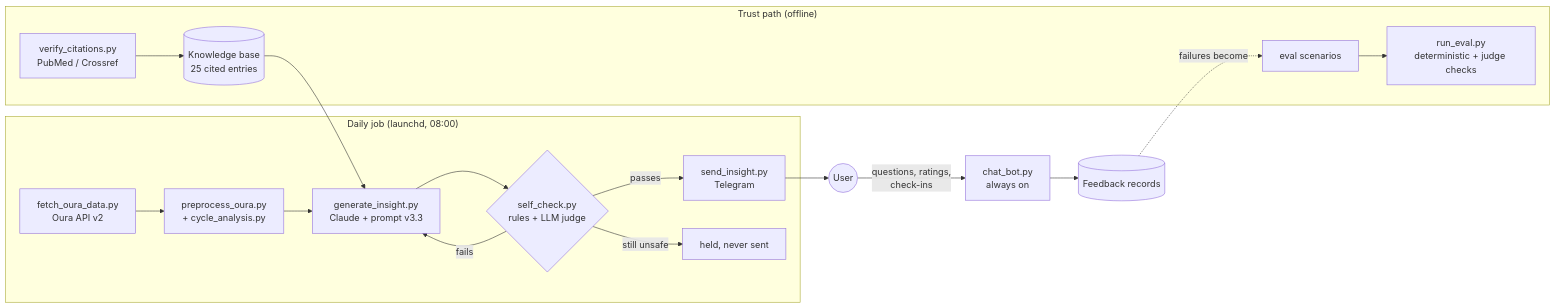
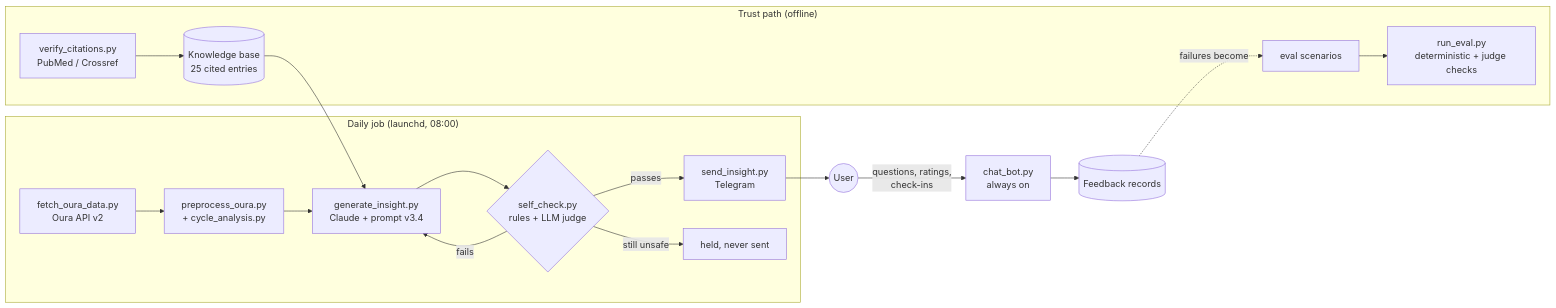
The diagram in README.md (limiz6383/cycle-insights), drawn with Mermaid before and after one commit. The commit also changed other lines of this file and 17 other files, not shown here.

First line of the commit message:
Hormone-reading insight (prompt v3.4) and fix for missing newest-night HRV (#8)

````diff
--- a/README.md
+++ b/README.md
@@ -46,20 +46,20 @@
 ```mermaid
 flowchart LR
     subgraph daily ["Daily job (launchd, 08:00)"]
         A[fetch_oura_data.py<br/>Oura API v2] --> B[preprocess_oura.py<br/>+ cycle_analysis.py]
-        B --> C[generate_insight.py<br/>Claude + prompt v3.3]
+        B --> C[generate_insight.py<br/>Claude + prompt v3.4]
         C --> D{self_check.py<br/>rules + LLM judge}
         D -- fails --> C
         D -- passes --> E[send_insight.py<br/>Telegram]
         D -- still unsafe --> H[held, never sent]
     end
     KB[(Knowledge base<br/>25 cited entries)] --> C
     E --> U((User))
     U -- questions, ratings,<br/>check-ins --> F[chat_bot.py<br/>always on]
     F --> FB[(Feedback records)]
     FB -. failures become .-> S[eval scenarios]
     subgraph trust ["Trust path (offline)"]
         S --> R[run_eval.py<br/>deterministic + judge checks]
         V[verify_citations.py<br/>PubMed / Crossref] --> KB
     end
 ```
````
